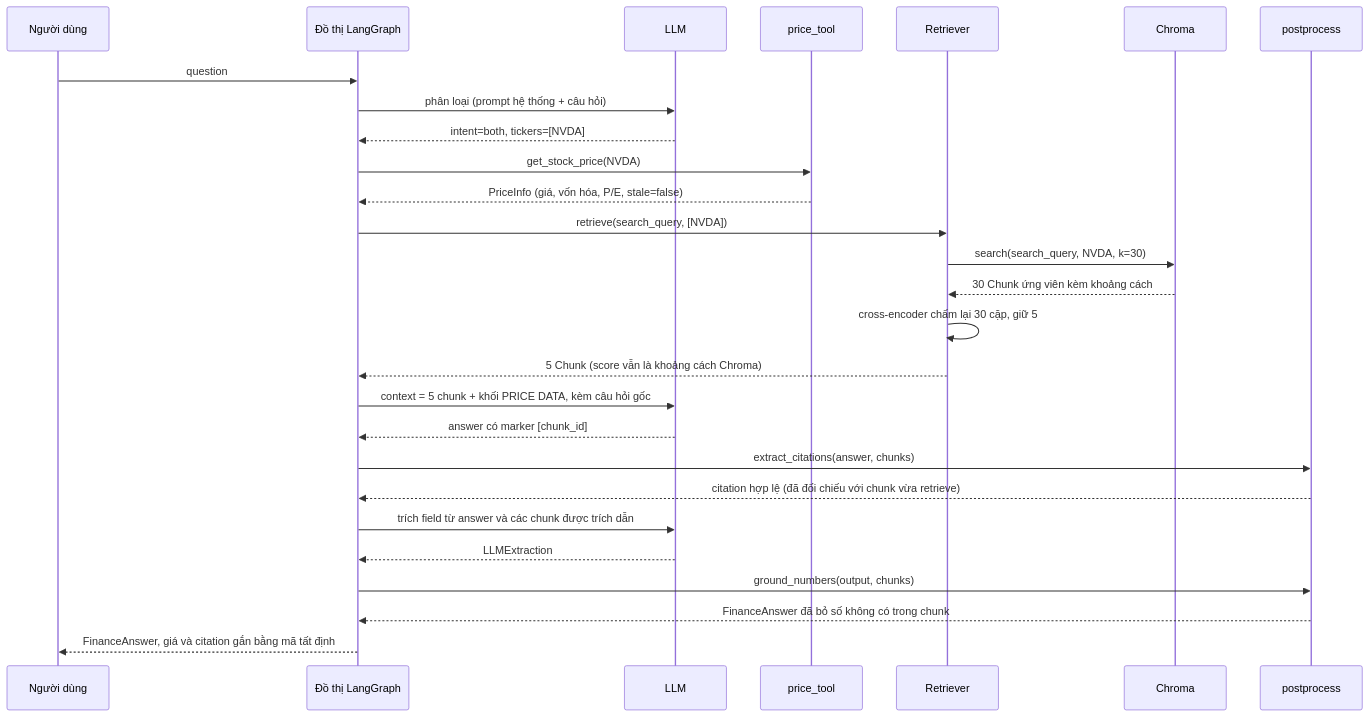
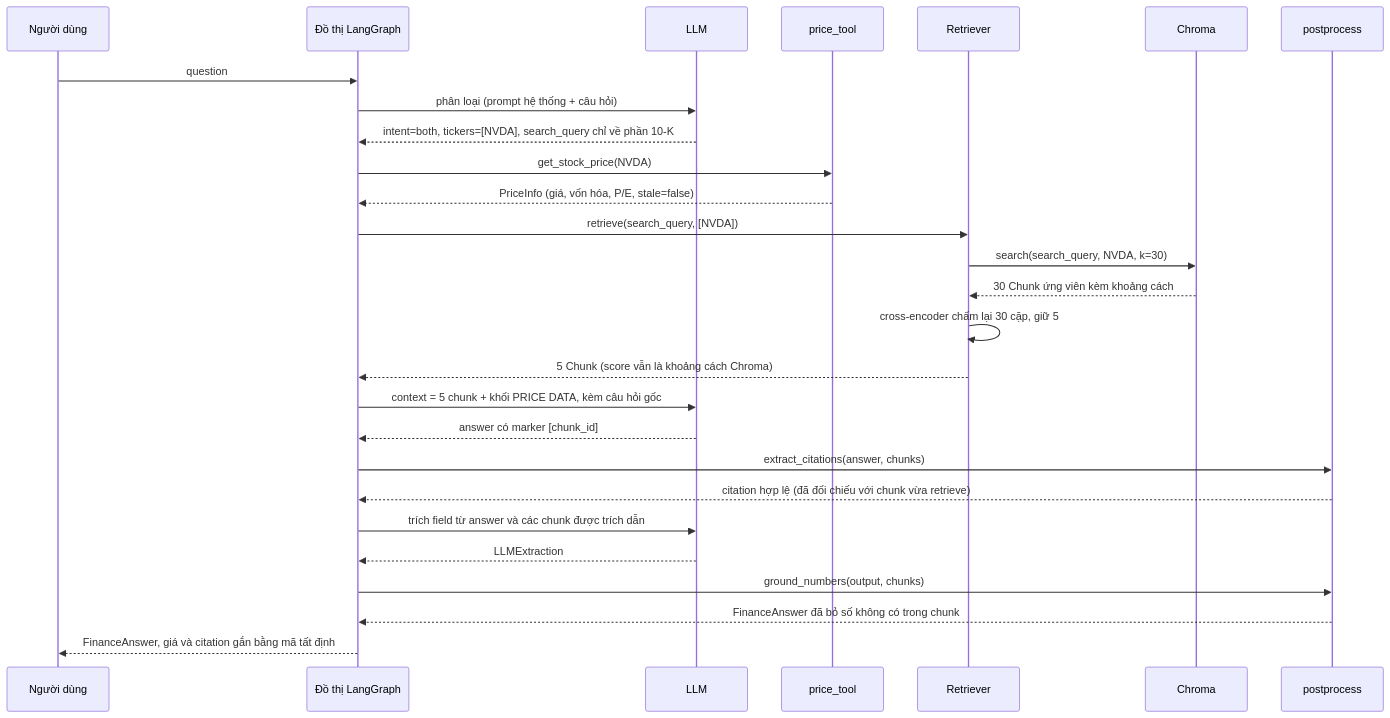
The fifth of 9 diagrams in docs/ARCHITECTURE.md (thanhpt-25/LangChain), drawn with Mermaid before and after one commit. The commit also changed other lines of this file and 1 other file, not shown here.

Commit message:
docs: describe the both-intent retrieval query and its measured effect

````diff
--- a/docs/ARCHITECTURE.md
+++ b/docs/ARCHITECTURE.md
@@ -197,30 +197,30 @@
 ```mermaid
 sequenceDiagram
     participant U as Người dùng
     participant G as Đồ thị LangGraph
     participant L as LLM
     participant P as price_tool
     participant R as Retriever
     participant V as Chroma
     participant X as postprocess
 
     U->>G: question
     G->>L: phân loại (prompt hệ thống + câu hỏi)
-    L-->>G: intent=both, tickers=[NVDA]
+    L-->>G: intent=both, tickers=[NVDA], search_query chỉ về phần 10-K
     G->>P: get_stock_price(NVDA)
     P-->>G: PriceInfo (giá, vốn hóa, P/E, stale=false)
     G->>R: retrieve(search_query, [NVDA])
     R->>V: search(search_query, NVDA, k=30)
     V-->>R: 30 Chunk ứng viên kèm khoảng cách
     R->>R: cross-encoder chấm lại 30 cặp, giữ 5
     R-->>G: 5 Chunk (score vẫn là khoảng cách Chroma)
     G->>L: context = 5 chunk + khối PRICE DATA, kèm câu hỏi gốc
     L-->>G: answer có marker [chunk_id]
     G->>X: extract_citations(answer, chunks)
     X-->>G: citation hợp lệ (đã đối chiếu với chunk vừa retrieve)
     G->>L: trích field từ answer và các chunk được trích dẫn
     L-->>G: LLMExtraction
     G->>X: ground_numbers(output, chunks)
     X-->>G: FinanceAnswer đã bỏ số không có trong chunk
     G-->>U: FinanceAnswer, giá và citation gắn bằng mã tất định
 ```
````
